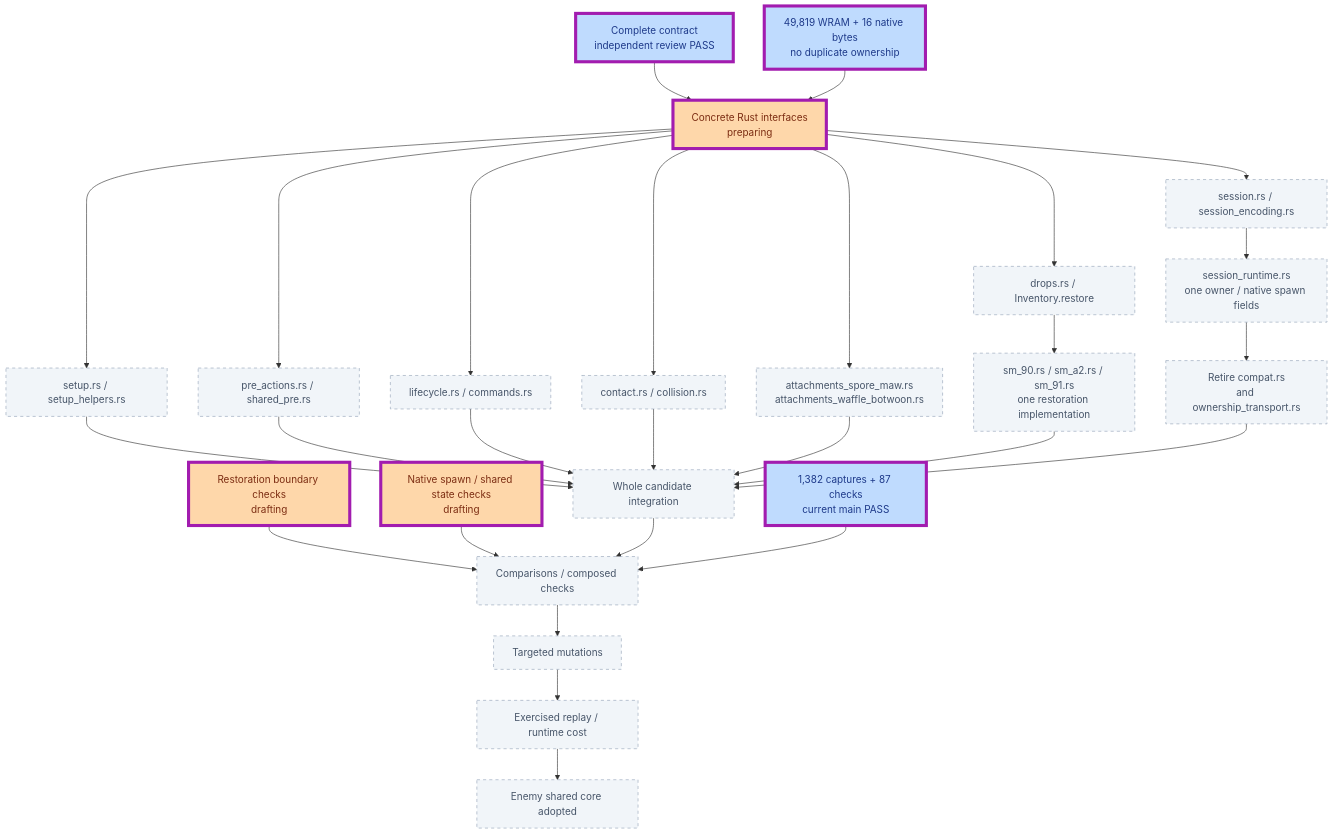
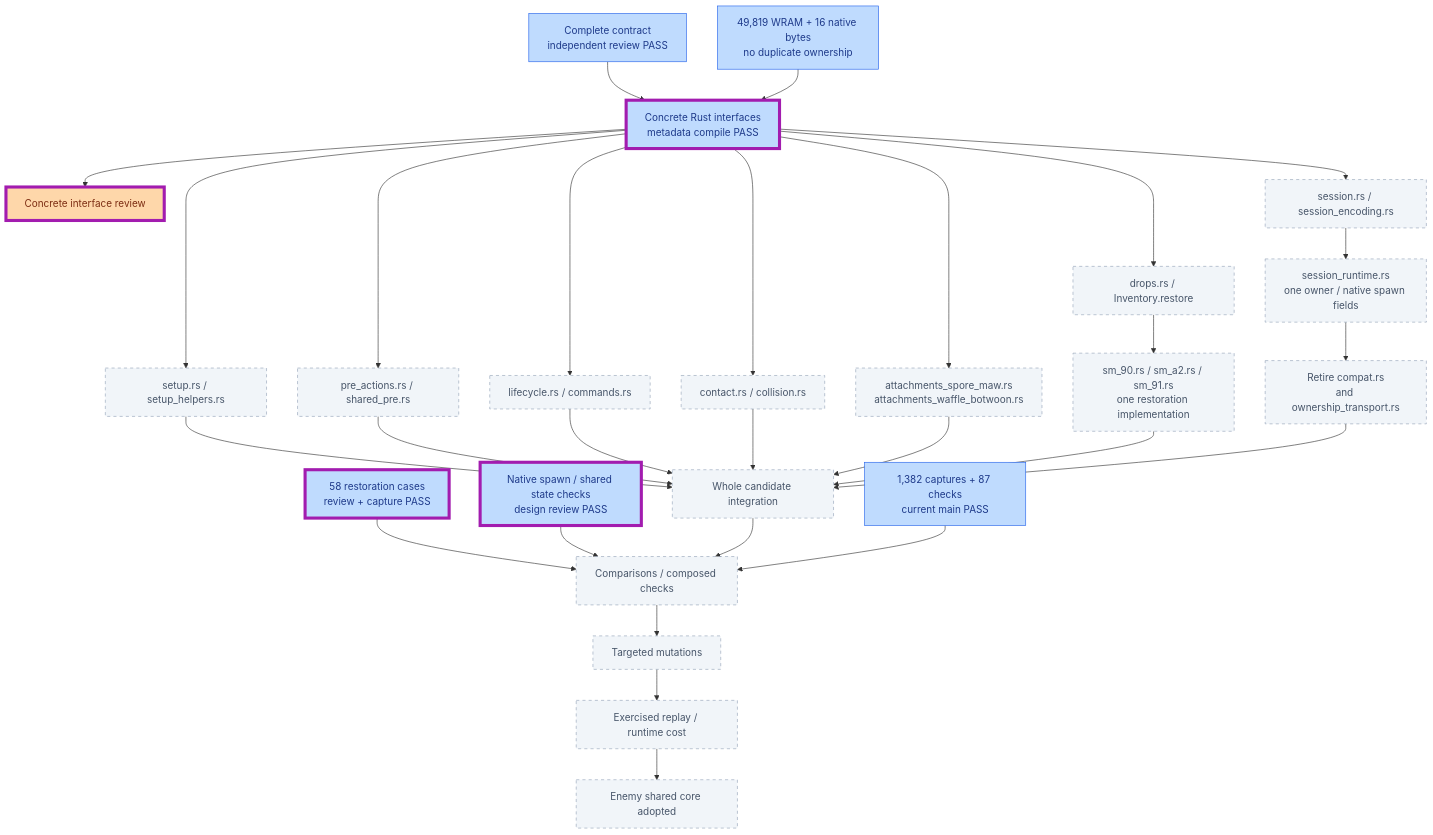
The first of 10 diagrams in PROGRESS.md (JimLundin/sm-decomp), drawn with Mermaid before and after one commit. The commit also changed other lines of this file and 6 other files, not shown here.

Commit message:
Freeze restoration behavior; 58 cases and 87 independent checks pass

````diff
--- a/PROGRESS.md
+++ b/PROGRESS.md
@@ -12,37 +12,38 @@
 ```mermaid
 flowchart TB
     CONTRACT["Complete contract<br/>independent review PASS"]:::checked
     UNION["49,819 WRAM + 16 native bytes<br/>no duplicate ownership"]:::checked
-    CONTRACT --> API["Concrete Rust interfaces<br/>preparing"]:::active
+    CONTRACT --> API["Concrete Rust interfaces<br/>metadata compile PASS"]:::checked
+    API --> REVIEW["Concrete interface review"]:::active
     UNION --> API
     REF["1,382 captures + 87 checks<br/>current main PASS"]:::checked
     API --> S["session.rs / session_encoding.rs"]:::pending
     S --> R["session_runtime.rs<br/>one owner / native spawn fields"]:::pending
     API --> SETUP["setup.rs / setup_helpers.rs"]:::pending
     API --> PRE["pre_actions.rs / shared_pre.rs"]:::pending
     API --> LIFE["lifecycle.rs / commands.rs"]:::pending
     API --> CONTACT["contact.rs / collision.rs"]:::pending
     API --> ATTACH["attachments_spore_maw.rs<br/>attachments_waffle_botwoon.rs"]:::pending
     API --> DROP["drops.rs / Inventory.restore"]:::pending
     DROP --> CALL["sm_90.rs / sm_a2.rs / sm_91.rs<br/>one restoration implementation"]:::pending
     R --> RETIRE["Retire compat.rs<br/>and ownership_transport.rs"]:::pending
     SETUP --> MERGE["Whole candidate integration"]:::pending
     PRE --> MERGE
     LIFE --> MERGE
     CONTACT --> MERGE
     ATTACH --> MERGE
     CALL --> MERGE
     RETIRE --> MERGE
-    RESTORE["Restoration boundary checks<br/>drafting"]:::active --> VERIFY["Comparisons / composed checks"]:::pending
-    NATIVE["Native spawn / shared state checks<br/>drafting"]:::active --> VERIFY
+    RESTORE["58 restoration cases<br/>review + capture PASS"]:::checked --> VERIFY["Comparisons / composed checks"]:::pending
+    NATIVE["Native spawn / shared state checks<br/>design review PASS"]:::checked --> VERIFY
     MERGE --> VERIFY
     REF --> VERIFY
     VERIFY --> MUT["Targeted mutations"]:::pending
     MUT --> PLAY["Exercised replay / runtime cost"]:::pending
     PLAY --> ADOPT["Enemy shared core adopted"]:::pending
-    class CONTRACT,UNION,API,REF,RESTORE,NATIVE changed
+    class API,REVIEW,RESTORE,NATIVE changed
     classDef checked fill:#bfdbfe,stroke:#2563eb,color:#1e3a8a
     classDef active fill:#fed7aa,stroke:#ea580c,color:#7c2d12
     classDef pending fill:#f1f5f9,stroke:#94a3b8,color:#475569,stroke-dasharray:5 5
     classDef changed stroke:#a21caf,stroke-width:5px
 ```
````
